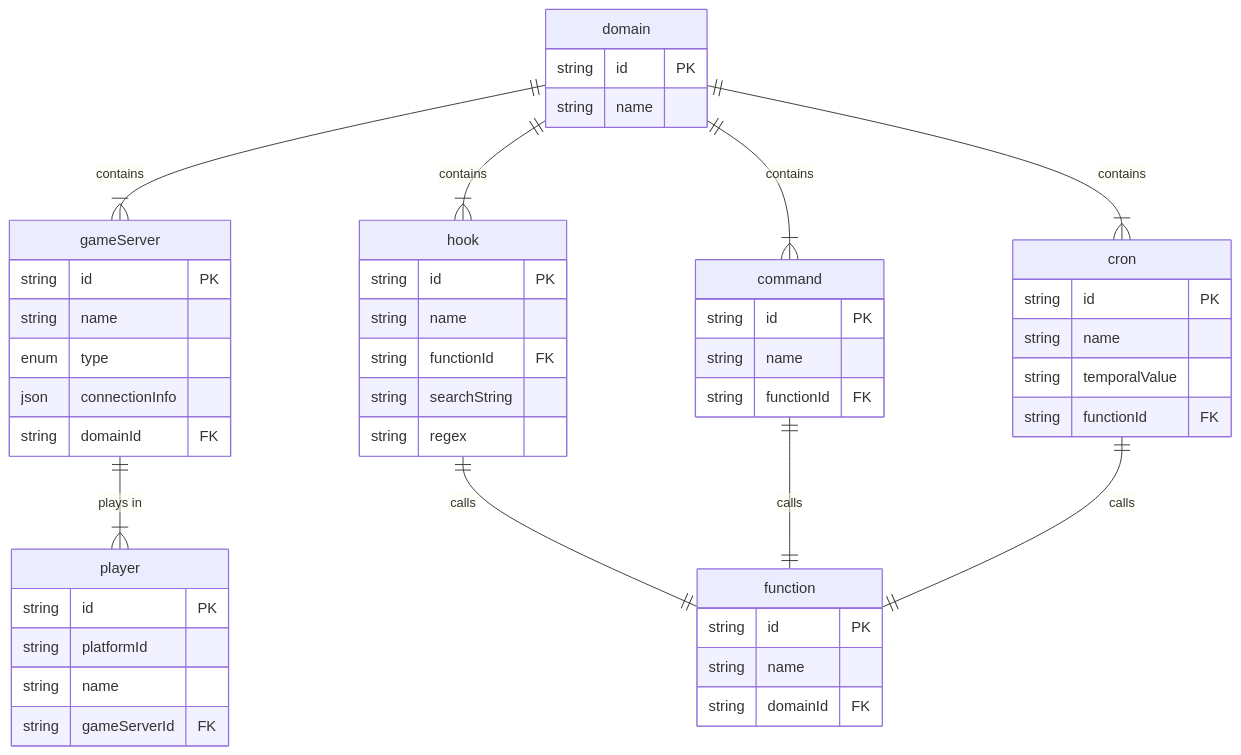
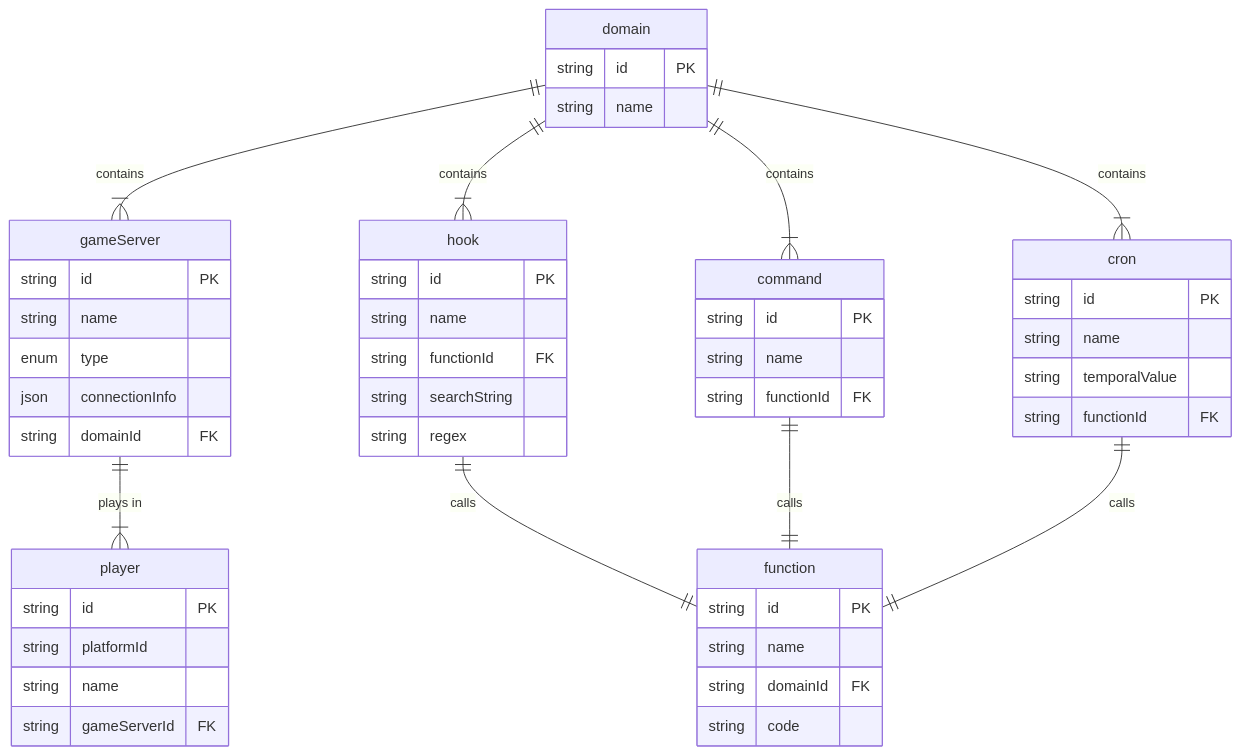
The diagram in README.md (gettakaro/takaro), drawn with Mermaid before and after one commit.

Commit message:
docs(db): add code property to Function

````diff
--- a/README.md
+++ b/README.md
@@ -44,59 +44,60 @@
 ```mermaid
 erDiagram
     domain {
       string id PK
       string name
     }
     
     gameServer {
       string id PK
       string name
       enum type
       json connectionInfo 
       string domainId FK
     }
     
     player {
       string id PK
       string platformId
       string name
       string gameServerId FK
     }
 
     
     function {
       string id PK
       string name
       string domainId FK
+      string code
     }
 
     hook {
       string id PK
       string name
       string functionId FK
       string searchString
       string regex
     }
 
     command {
       string id PK
       string name
       string functionId FK
     }
 
     cron {
       string id PK
       string name
       string temporalValue
       string functionId FK
     }
 
     domain ||--|{ gameServer : contains
     domain ||--|{ hook : contains
     domain ||--|{ command : contains
     domain ||--|{ cron : contains
     hook   ||--|| function : calls
     command   ||--|| function : calls
     cron   ||--|| function : calls
     gameServer ||--|{ player : "plays in"
 ```
````
